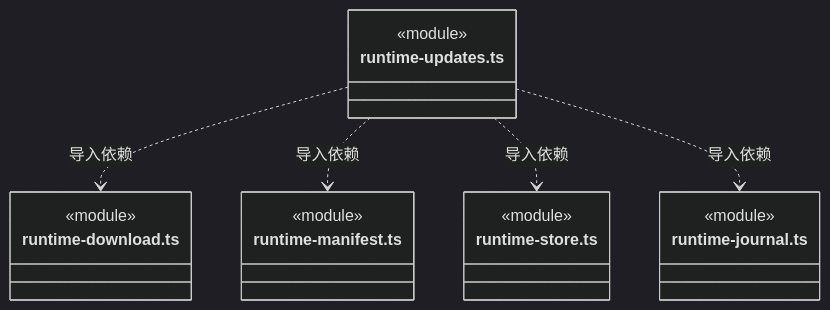
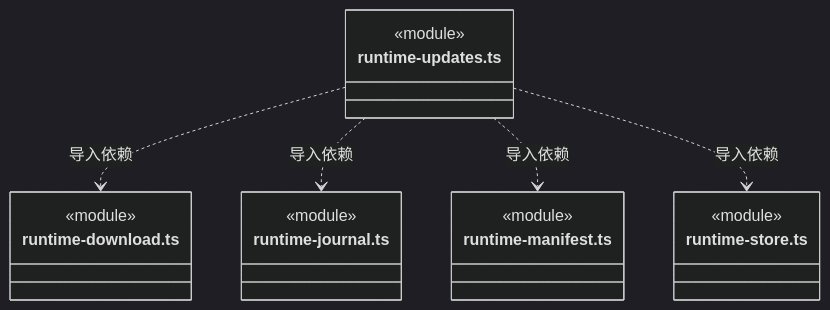
Before and after one commit to nan023062/cbim: diagram 28 of 28 in src/logic/updates/service/ARCHITECTURE.md, drawn with Mermaid (dark theme). The commit also changed other lines of this file and 112 other files, not shown here.

Commit message:
docs: align source architecture with current declarations and contracts

````diff
--- a/src/logic/updates/service/ARCHITECTURE.md
+++ b/src/logic/updates/service/ARCHITECTURE.md
@@ -761,22 +764,22 @@
 ```mermaid
 classDiagram
 class N_src_logic_updates_service_runtime_updates_ts["runtime-updates.ts"] {
   <<module>>
 }
 class N_src_logic_updates_service_runtime_download_ts["runtime-download.ts"] {
   <<module>>
 }
+class N_src_logic_updates_service_runtime_journal_ts["runtime-journal.ts"] {
+  <<module>>
+}
 class N_src_logic_updates_service_runtime_manifest_ts["runtime-manifest.ts"] {
   <<module>>
 }
 class N_src_logic_updates_service_runtime_store_ts["runtime-store.ts"] {
   <<module>>
 }
-class N_src_logic_updates_service_runtime_journal_ts["runtime-journal.ts"] {
-  <<module>>
-}
 N_src_logic_updates_service_runtime_updates_ts ..> N_src_logic_updates_service_runtime_download_ts : 导入依赖
+N_src_logic_updates_service_runtime_updates_ts ..> N_src_logic_updates_service_runtime_journal_ts : 导入依赖
 N_src_logic_updates_service_runtime_updates_ts ..> N_src_logic_updates_service_runtime_manifest_ts : 导入依赖
 N_src_logic_updates_service_runtime_updates_ts ..> N_src_logic_updates_service_runtime_store_ts : 导入依赖
-N_src_logic_updates_service_runtime_updates_ts ..> N_src_logic_updates_service_runtime_journal_ts : 导入依赖
 ```
````
